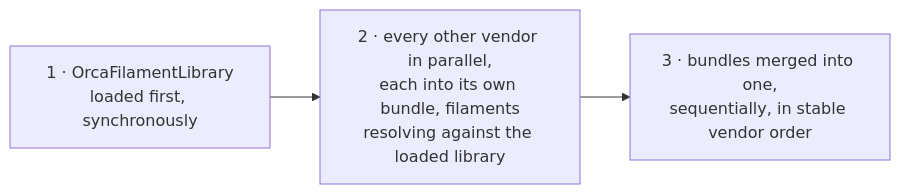
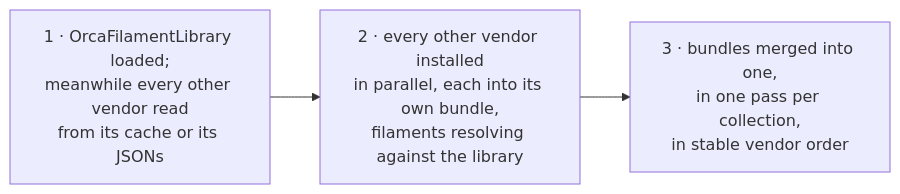
Before and after one commit to yw4z/OrcaSlicer: the first of 2 diagrams in docs/HLSD/preset-cache.md, drawn with Mermaid. The commit also changed other lines of this file and 16 other files, not shown here.

````diff
--- a/docs/HLSD/preset-cache.md
+++ b/docs/HLSD/preset-cache.md
@@ -169,4 +171,4 @@
 ```mermaid
 flowchart LR
-    lib["1 · OrcaFilamentLibrary<br/>loaded first, synchronously"] --> par["2 · every other vendor in parallel,<br/>each into its own bundle, filaments<br/>resolving against the loaded library"] --> merge["3 · bundles merged into one,<br/>sequentially, in stable vendor order"]
+    lib["1 · OrcaFilamentLibrary loaded;<br/>meanwhile every other vendor read<br/>from its cache or its JSONs"] --> par["2 · every other vendor installed<br/>in parallel, each into its own bundle,<br/>filaments resolving against the library"] --> merge["3 · bundles merged into one,<br/>in one pass per collection,<br/>in stable vendor order"]
 ```
````
